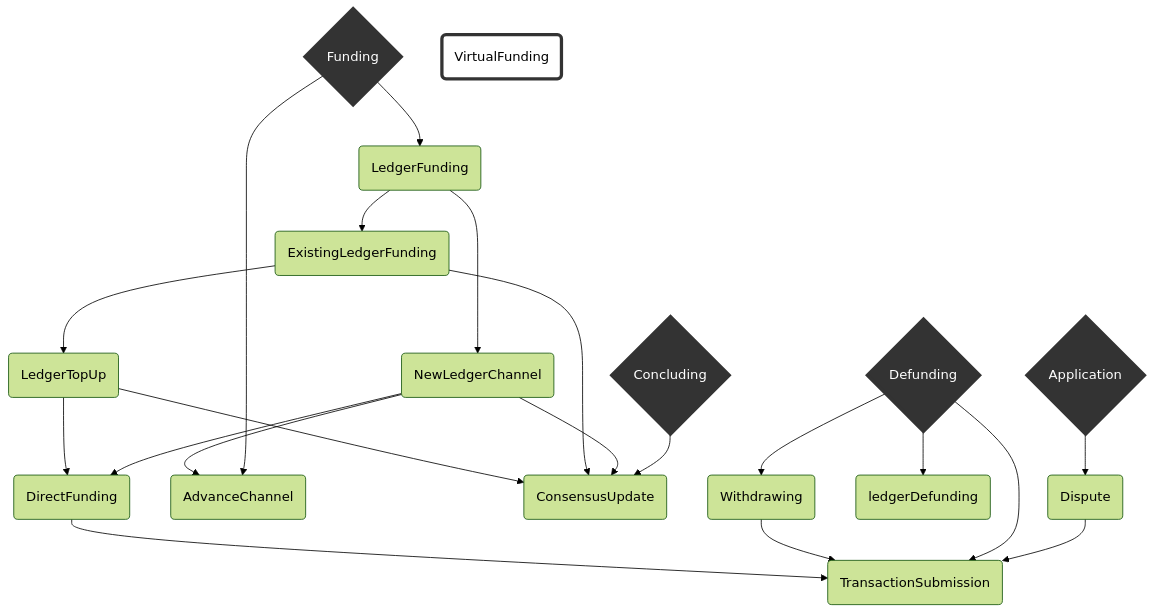
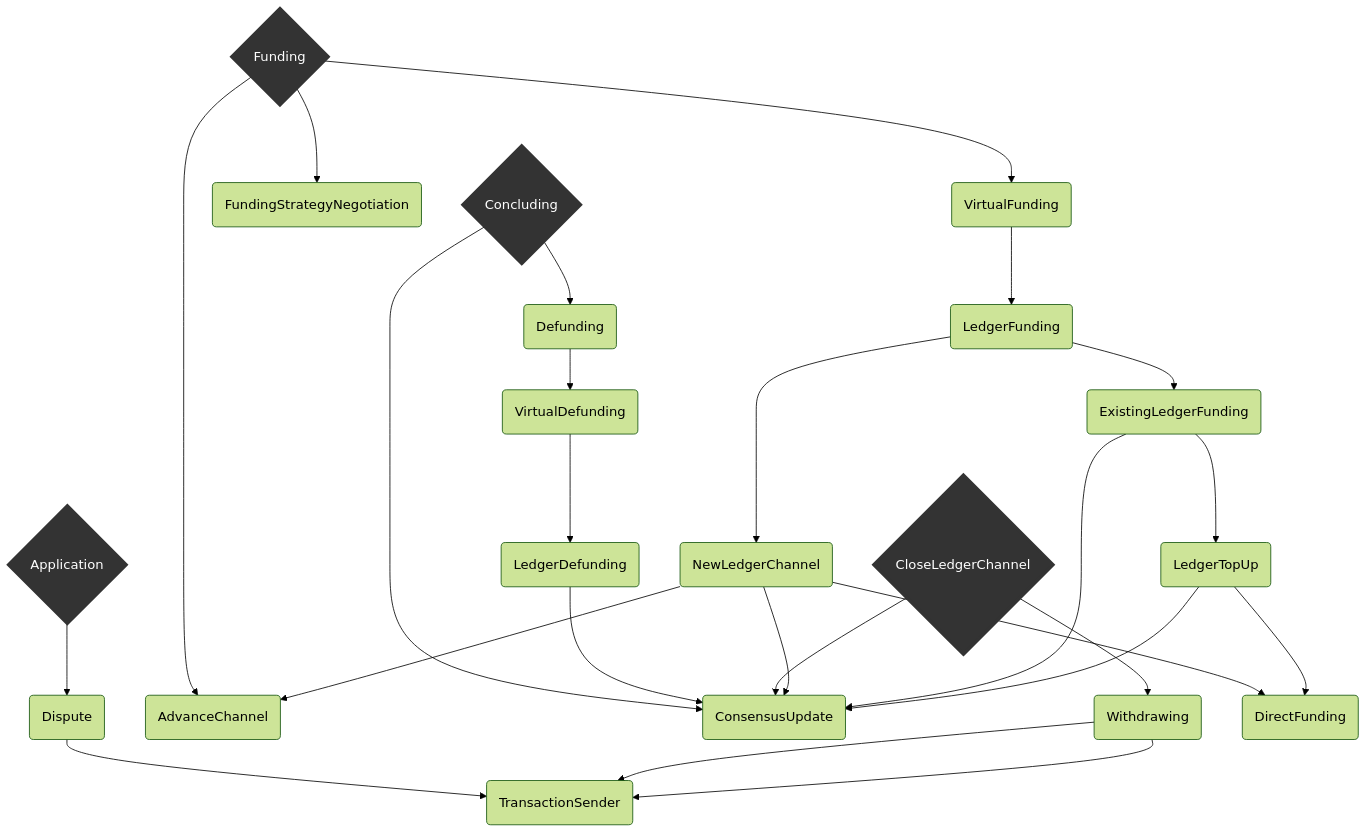
Before and after one commit to statechannels/statechannels: the diagram in packages/wallet/packages/wallet/notes/index.md, drawn with Mermaid (forest theme). The commit also changed other lines of this file, not shown here.

Commit message:
Merge pull request #675 from magmo/ag-update-master-protocol-doc
Update protocols doc to reflect recent changes

````diff
--- a/packages/wallet/packages/wallet/notes/index.md
+++ b/packages/wallet/packages/wallet/notes/index.md
@@ -31,48 +33,41 @@
 ```mermaid
 graph TD
   linkStyle default interpolate basis
 
     A{Application}--> D
-    F{Funding}--> idF(LedgerFunding)
+    F{Funding}--> VF(VirtualFunding)
+    F-->FSN(FundingStrategyNegotiation)
+    VF-->LF(LedgerFunding)
     F --> AC(AdvanceChannel)
     D(Dispute)--> TS
 
+    Co{Concluding}-->DeF(Defunding)
+    Co-->CU(ConsensusUpdate)
+    DeF-->VDF(VirtualDefunding)
+    VDF-->LDF(LedgerDefunding)
+    LDF-->CU(ConsensusUpdate)
 
-    C{Concluding}-->CU(ConsensusUpdate)
+    CLC{CloseLedgerChannel}-->CU
+    CLC-->W(Withdrawing)
+    W-->TS
 
-    idF -->  ELF(ExistingLedgerFunding)
-    idF --> NLC(NewLedgerChannel)
+    LF --> NLC(NewLedgerChannel)
+    LF -->  ELF(ExistingLedgerFunding)
 
     NLC --> AC(AdvanceChannel)
     NLC --> DF
-    NLC --> CU(ConsensusUpdate)
+    NLC --> CU
 
     ELF --> LTU(LedgerTopUp)
     ELF --> CU
     LTU --> CU
 
-    Df{Defunding}-->idDf(ledgerDefunding)
-    Df-->W(Withdrawing)
 
-    Df-->TS(TransactionSubmission)
-
-    W-->TS
-
-    AC(AdvanceChannel)
-
+    W-->TS(TransactionSender)
     LTU-->DF(DirectFunding)
 
-    DF-->TS
-
-
-    VF(VirtualFunding)
-
     classDef TopLevelProtocol stroke:#333,stroke-width:4px,color:#ffff,fill:#333;
-
     classDef OrphanProtocol stroke:#333,stroke-width:4px,fill:#0000;
-
-    class A,F,C,Df TopLevelProtocol
-    class VF OrphanProtocol
-
+    class A,F,Co,CLC, TopLevelProtocol
 
 ```
````
